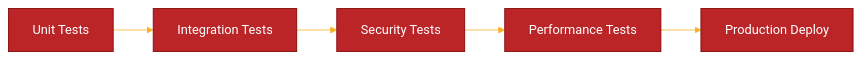
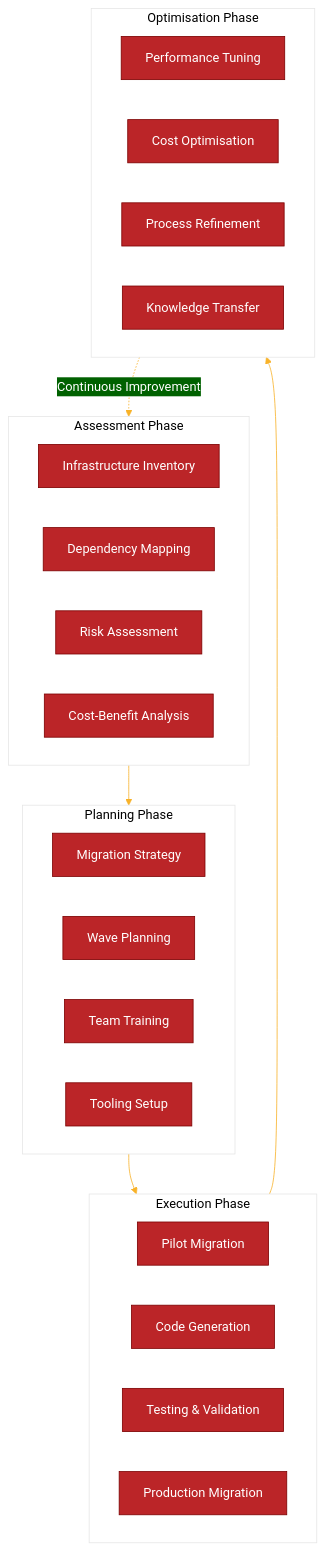
One commit to Geonitab/architecture_as_code changed the diagram in docs/images/diagram_18_kapitel16.mmd. Above: the diagram before and after it, drawn with Mermaid. The commit also changed 4 other files, not shown here.

Commit message:
Refresh Chapter 16: Add diagrams, translate to British English, move code to appendix

```diff
--- a/docs/images/diagram_18_kapitel16.mmd
+++ b/docs/images/diagram_18_kapitel16.mmd
@@ -1,16 +1,44 @@
 ---
 config:
   theme: 'base'
   themeVariables:
     primaryColor: '#BB2528'
     primaryTextColor: '#fff'
     primaryBorderColor: '#7C0000'
     lineColor: '#F8B229'
     secondaryColor: '#006100'
     tertiaryColor: '#fff'
 ---
-graph LR
-    A[Unit Tests] --> B[Integration Tests]
-    B --> C[Security Tests]
-    C --> D[Performance Tests]
-    D --> E[Production Deploy]
+graph TB
+    subgraph Assessment["Assessment Phase"]
+        A1[Infrastructure Inventory]
+        A2[Dependency Mapping]
+        A3[Risk Assessment]
+        A4[Cost-Benefit Analysis]
+    end
+    
+    subgraph Planning["Planning Phase"]
+        P1[Migration Strategy]
+        P2[Wave Planning]
+        P3[Team Training]
+        P4[Tooling Setup]
+    end
+    
+    subgraph Execution["Execution Phase"]
+        E1[Pilot Migration]
+        E2[Code Generation]
+        E3[Testing & Validation]
+        E4[Production Migration]
+    end
+    
+    subgraph Optimisation["Optimisation Phase"]
+        O1[Performance Tuning]
+        O2[Cost Optimisation]
+        O3[Process Refinement]
+        O4[Knowledge Transfer]
+    end
+    
+    Assessment --> Planning
+    Planning --> Execution
+    Execution --> Optimisation
+    Optimisation -.Continuous Improvement.-> Assessment
```
